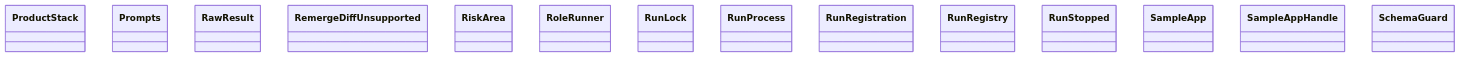
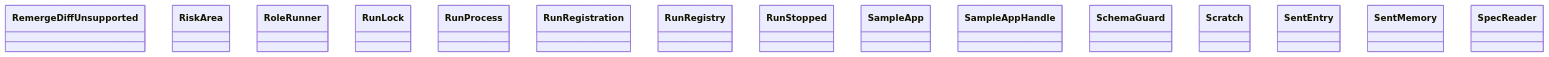
The diagram in docs/architecture/generated/classes-process-application-support-6.md (GonzaloZevallos/agentic-system), drawn with Mermaid before and after one commit. The commit also changed other lines of this file and 18 other files, not shown here.

````diff
--- a/docs/architecture/generated/classes-process-application-support-6.md
+++ b/docs/architecture/generated/classes-process-application-support-6.md
@@ -21,17 +21,18 @@
 ```mermaid
 classDiagram
-    class ports__ProductStack["ProductStack"]
-    class ports__Prompts["Prompts"]
-    class ports__RawResult["RawResult"]
     class ports__RemergeDiffUnsupported["RemergeDiffUnsupported"]
     class ports__RiskArea["RiskArea"]
     class ports__RoleRunner["RoleRunner"]
     class ports__RunLock["RunLock"]
     class ports__RunProcess["RunProcess"]
     class ports__RunRegistration["RunRegistration"]
     class ports__RunRegistry["RunRegistry"]
     class ports__RunStopped["RunStopped"]
     class ports__SampleApp["SampleApp"]
     class ports__SampleAppHandle["SampleAppHandle"]
     class ports__SchemaGuard["SchemaGuard"]
+    class ports__Scratch["Scratch"]
+    class ports__SentEntry["SentEntry"]
+    class ports__SentMemory["SentMemory"]
+    class ports__SpecReader["SpecReader"]
 ```
````
